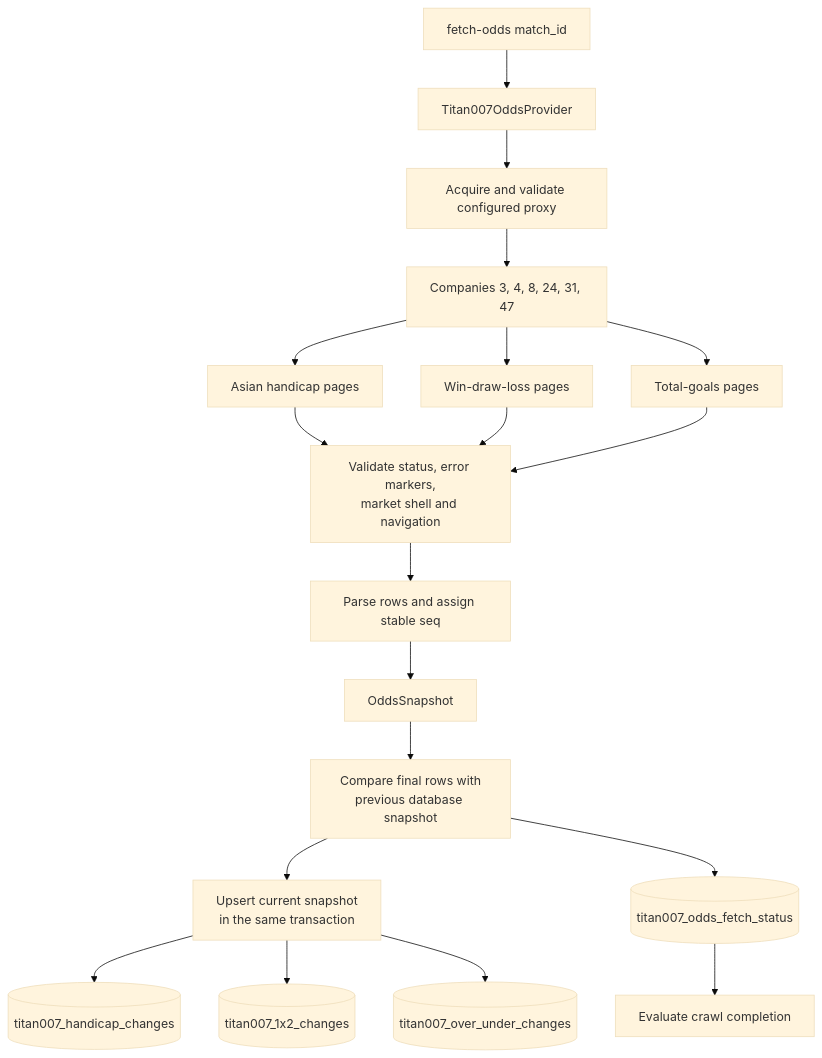
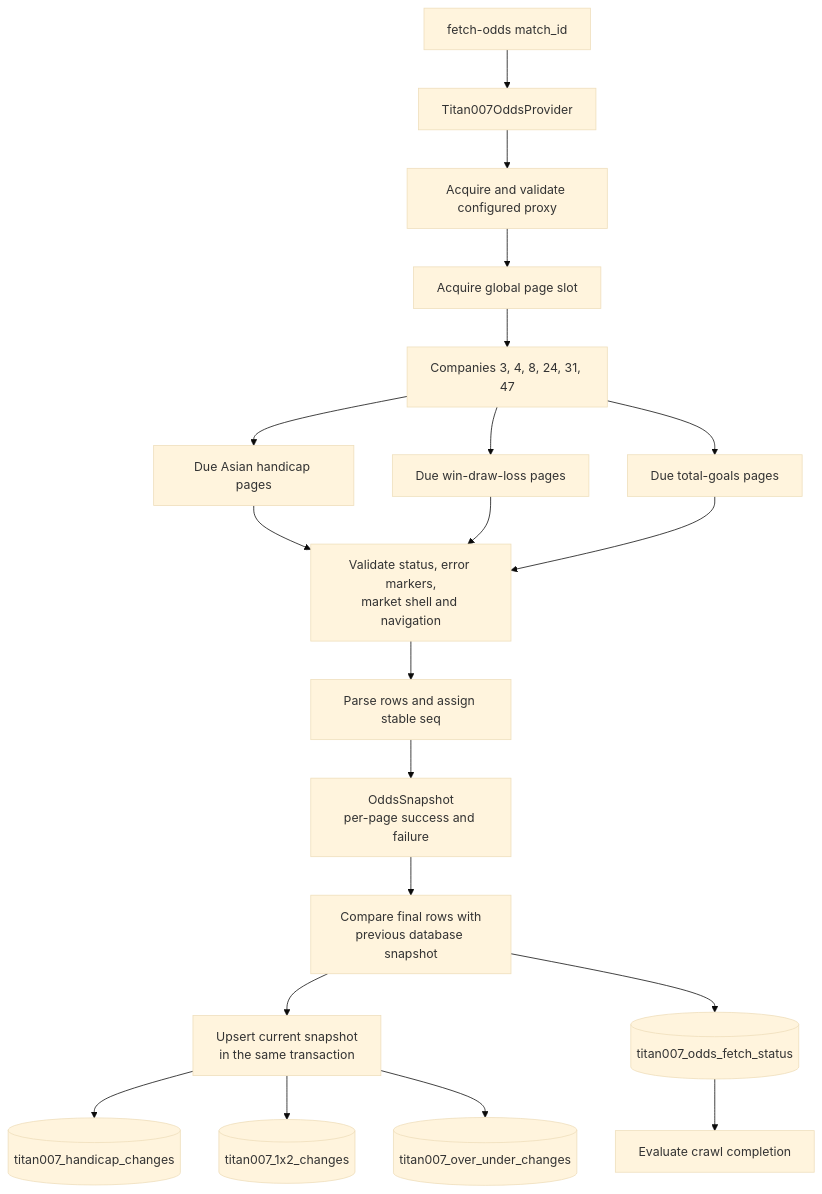
Before and after one commit to adam-zou/football2607: the fourth of 4 diagrams in docs/architecture/code-flow.md, drawn with Mermaid (base theme). The commit also changed other lines of this file and 28 other files, not shown here.

````diff
--- a/docs/architecture/code-flow.md
+++ b/docs/architecture/code-flow.md
@@ -234,21 +283,22 @@
 ```mermaid
 flowchart TD
     CLI["fetch-odds match_id"] --> Provider["Titan007OddsProvider"]
     Provider --> Proxy["Acquire and validate configured proxy"]
-    Proxy --> Companies["Companies 3, 4, 8, 24, 31, 47"]
-    Companies --> Handicap["Asian handicap pages"]
-    Companies --> OneXTwo["Win-draw-loss pages"]
-    Companies --> OverUnder["Total-goals pages"]
+    Proxy --> GlobalLimit["Acquire global page slot"]
+    GlobalLimit --> Companies["Companies 3, 4, 8, 24, 31, 47"]
+    Companies --> Handicap["Due Asian handicap pages"]
+    Companies --> OneXTwo["Due win-draw-loss pages"]
+    Companies --> OverUnder["Due total-goals pages"]
     Handicap --> Validate["Validate status, error markers,<br/>market shell and navigation"]
     OneXTwo --> Validate
     OverUnder --> Validate
     Validate --> Parse["Parse rows and assign stable seq"]
-    Parse --> Snapshot["OddsSnapshot"]
+    Parse --> Snapshot["OddsSnapshot<br/>per-page success and failure"]
     Snapshot --> Verify["Compare final rows with<br/>previous database snapshot"]
     Verify --> Store["Upsert current snapshot<br/>in the same transaction"]
     Verify --> FetchStatus[("titan007_odds_fetch_status")]
     Store --> HandicapTable[("titan007_handicap_changes")]
     Store --> OneXTwoTable[("titan007_1x2_changes")]
     Store --> OverUnderTable[("titan007_over_under_changes")]
     FetchStatus --> Complete["Evaluate crawl completion"]
 ```
````
